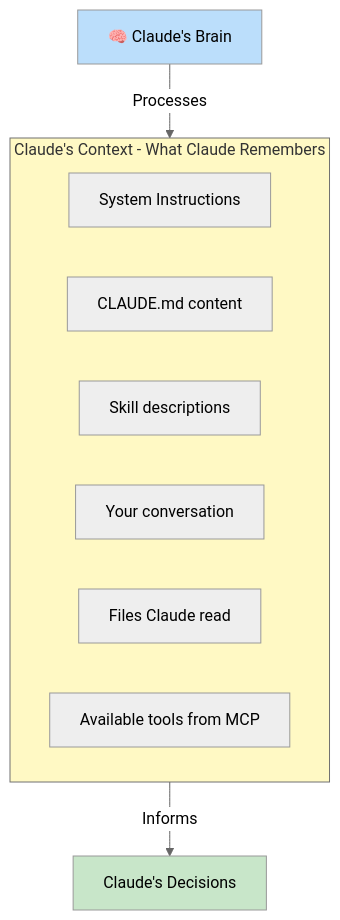
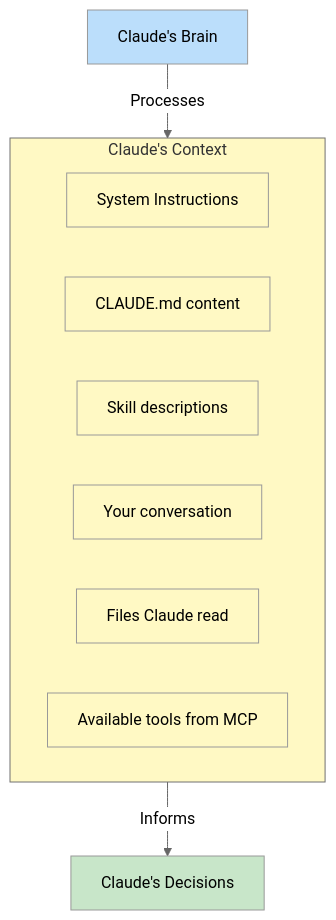
One commit to abdheshkumar/abdheshkumar.github.io changed diagram 18 of 23 in docs/claude/claude-code-explained.md. Above: the diagram before and after it, drawn with Mermaid (neutral theme). The commit also changed 1 other file, not shown here.

````diff
--- a/docs/claude/claude-code-explained.md
+++ b/docs/claude/claude-code-explained.md
@@ -628,18 +628,24 @@
 ```mermaid
 graph TB
-    subgraph CONTEXT[Claude's Context - What Claude Remembers]
-        SYSTEM[System Instructions]
-        CLAUDE_MD[CLAUDE.md content]
-        SKILLS_DESC[Skill descriptions]
-        HISTORY[Your conversation]
-        FILES[Files Claude read]
-        TOOLS[Available tools from MCP]
+    subgraph CONTEXT["Claude's Context"]
+        SYSTEM["System Instructions"]
+        CLAUDE_MD["CLAUDE.md content"]
+        SKILLS_DESC["Skill descriptions"]
+        HISTORY["Your conversation"]
+        FILES["Files Claude read"]
+        TOOLS["Available tools from MCP"]
     end
 
-    MODEL[🧠 Claude's Brain] -->|Processes| CONTEXT
-    CONTEXT -->|Informs| DECISIONS[Claude's Decisions]
+    MODEL["Claude's Brain"] -->|Processes| CONTEXT
+    CONTEXT -->|Informs| DECISIONS["Claude's Decisions"]
 
     style CONTEXT fill:#fff9c4
     style MODEL fill:#bbdefb
     style DECISIONS fill:#c8e6c9
+    style SYSTEM fill:#fff9c4,stroke:#999
+    style CLAUDE_MD fill:#fff9c4,stroke:#999
+    style SKILLS_DESC fill:#fff9c4,stroke:#999
+    style HISTORY fill:#fff9c4,stroke:#999
+    style FILES fill:#fff9c4,stroke:#999
+    style TOOLS fill:#fff9c4,stroke:#999
 ```
````
